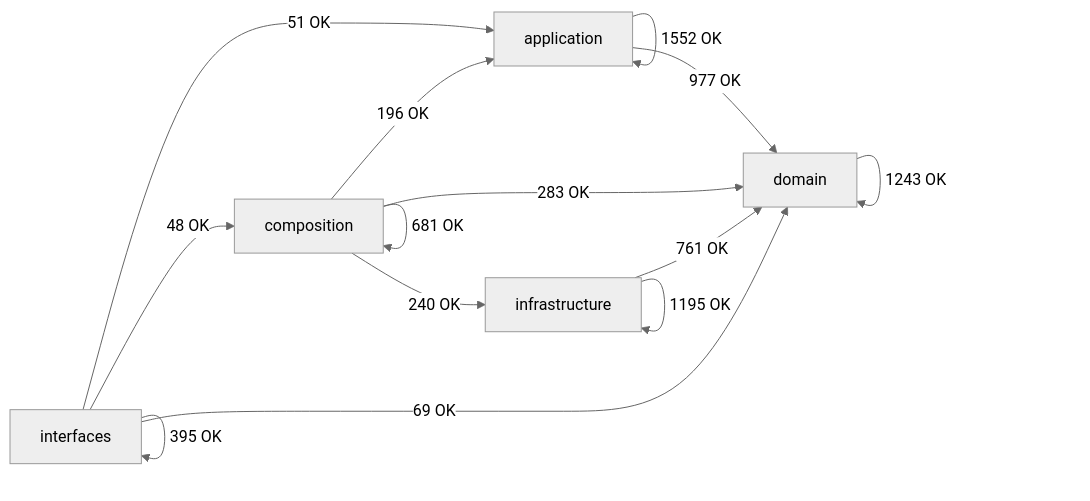
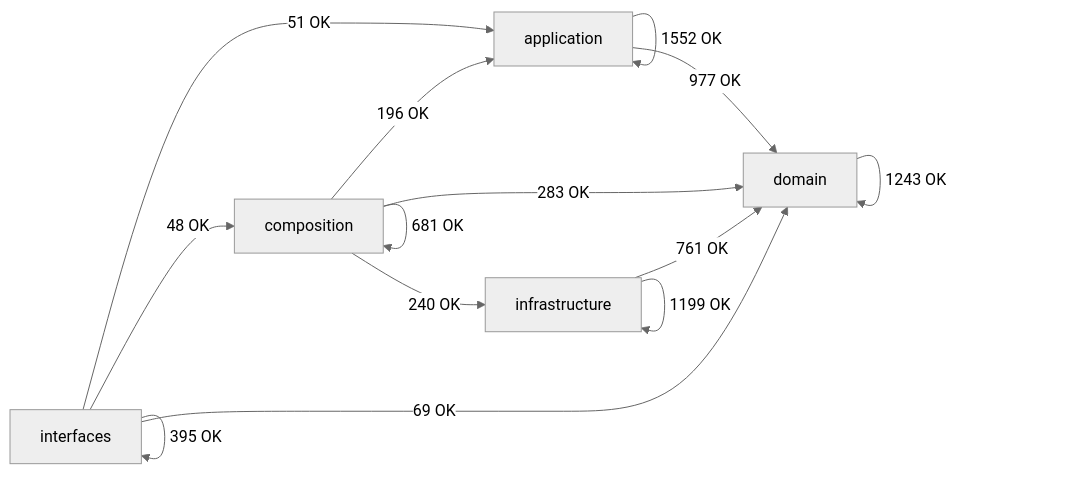
Before and after one commit to SatoryKono/BioactivityDataAcquisition: the diagram in docs/02-architecture/generated/module-dependency-map.md, drawn with Mermaid (neutral theme). The commit also changed other lines of this file and 7 other files, not shown here.

````diff
--- a/docs/02-architecture/generated/module-dependency-map.md
+++ b/docs/02-architecture/generated/module-dependency-map.md
@@ -17,21 +17,21 @@
 ```mermaid
 flowchart LR
     domain[domain]
     application[application]
     infrastructure[infrastructure]
     composition[composition]
     interfaces[interfaces]
     application -->|1552 OK| application
     application -->|977 OK| domain
     composition -->|196 OK| application
     composition -->|681 OK| composition
     composition -->|283 OK| domain
     composition -->|240 OK| infrastructure
     domain -->|1243 OK| domain
     infrastructure -->|761 OK| domain
-    infrastructure -->|1195 OK| infrastructure
+    infrastructure -->|1199 OK| infrastructure
     interfaces -->|51 OK| application
     interfaces -->|48 OK| composition
     interfaces -->|69 OK| domain
     interfaces -->|395 OK| interfaces
 ```
````
